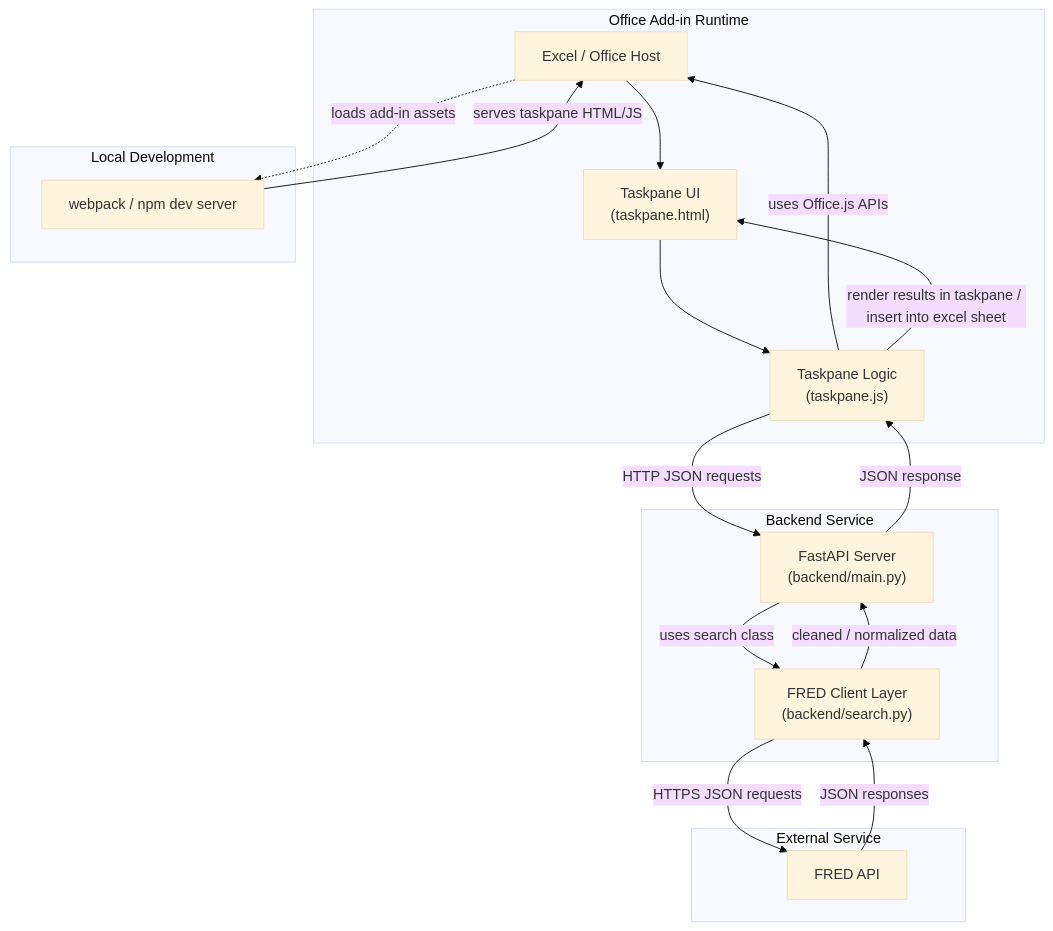
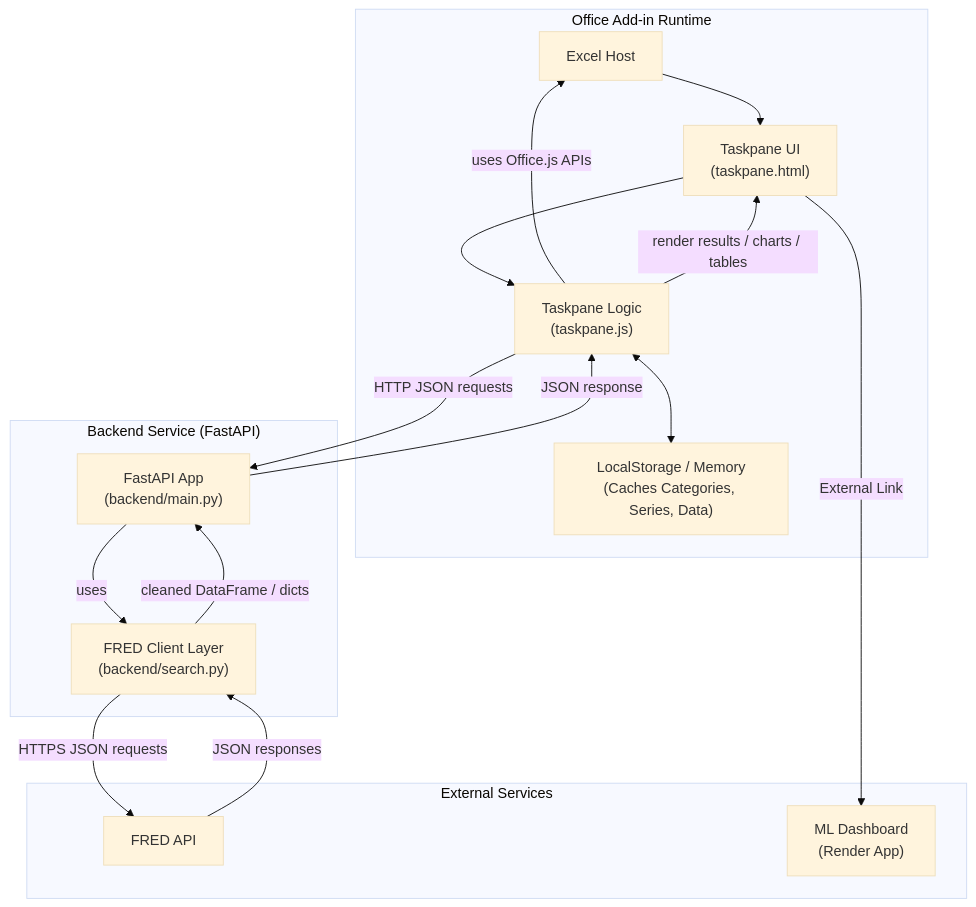
The diagram in diagrams/component_diagram.md (hadrianValdezEdu/Ista-498-Senior-Capstone-Project-U.S-Federal-Reserve-Data-Analysis-App), drawn with Mermaid (base theme) before and after one commit. The commit also changed 6 other files, not shown here.

Commit message:
Added diagrams and comments

````diff
--- a/diagrams/component_diagram.md
+++ b/diagrams/component_diagram.md
@@ -1,34 +1,33 @@
 ```mermaid
 flowchart TD
   subgraph OfficeAddin["Office Add-in Runtime"]
-    OfficeHost["Excel / Office Host"]
+    OfficeHost["Excel Host"]
     UI["Taskpane UI\n(taskpane.html)"]
     JS["Taskpane Logic\n(taskpane.js)"]
+    Cache["LocalStorage / Memory\n(Caches Categories, Series, Data)"]
+    
     OfficeHost --> UI
     UI --> JS
+    JS <--> Cache
     JS -->|uses Office.js APIs| OfficeHost
   end
 
-  subgraph Backend["Backend Service"]
-    API["FastAPI Server\n(backend/main.py)"]
+  subgraph Backend["Backend Service (FastAPI)"]
+    API["FastAPI App\n(backend/main.py)"]
     Search["FRED Client Layer\n(backend/search.py)"]
-    API -->|uses search class| Search
+    API -->|uses| Search
   end
 
-  subgraph External["External Service"]
+  subgraph External["External Services"]
     FRED["FRED API"]
+    MLDash["ML Dashboard\n(Render App)"]
   end
 
   JS -->|HTTP JSON requests| API
+  UI -->|External Link| MLDash
   Search -->|HTTPS JSON requests| FRED
   FRED -->|JSON responses| Search
-  Search -->|cleaned / normalized data| API
+  Search -->|cleaned DataFrame / dicts| API
   API -->|JSON response| JS
-  JS -->|render results in taskpane / insert into excel sheet| UI
-
-  subgraph LocalDev["Local Development"]
-    Dev["webpack / npm dev server"]
-    Dev -->|serves taskpane HTML/JS| OfficeHost
-    OfficeHost -.->|loads add-in assets| Dev
-  end
+  JS -->|render results / charts / tables| UI
 ```
````
